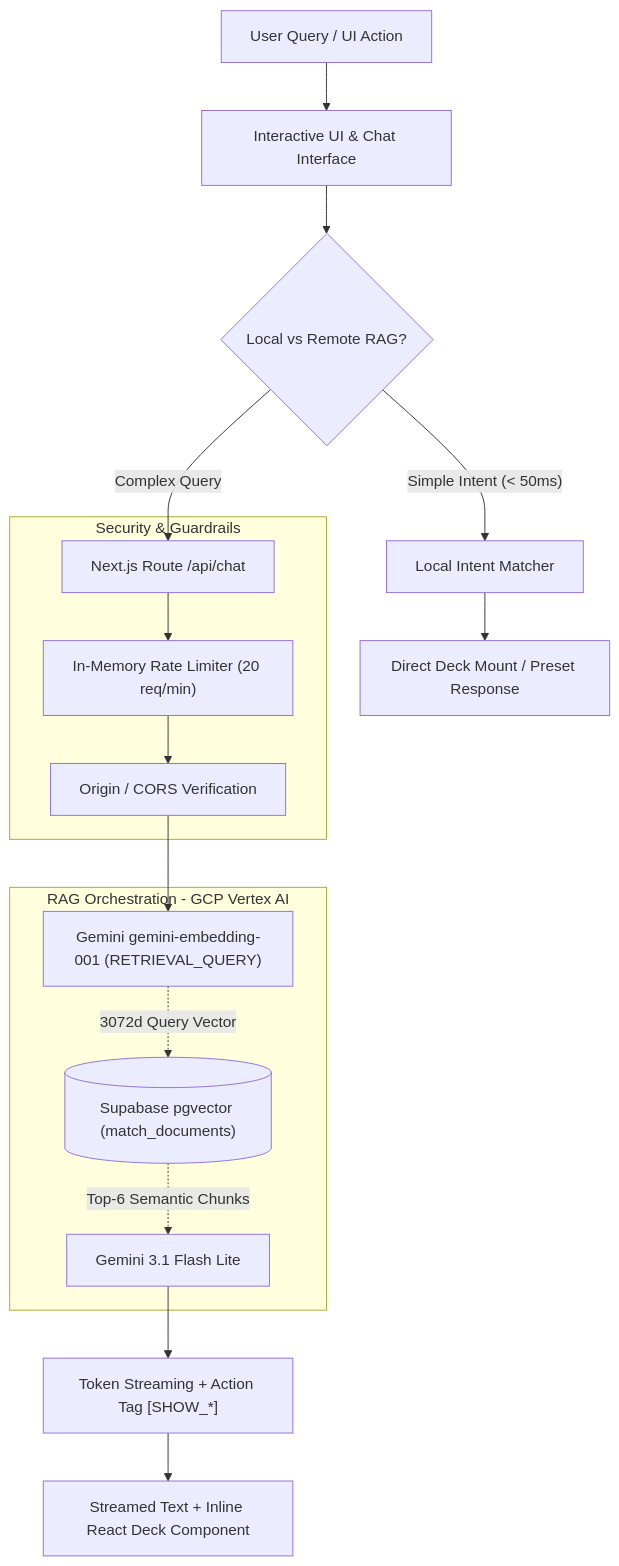
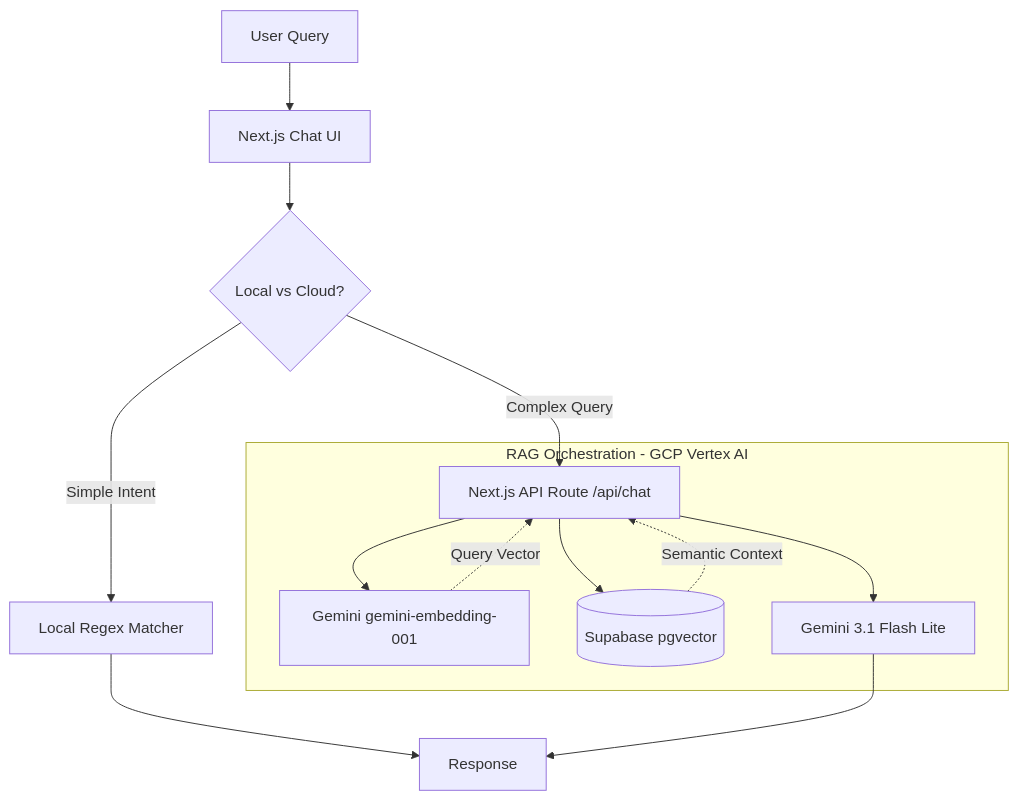
Before and after one commit to aadvxe/AI-powered-portfolio: the diagram in README.md, drawn with Mermaid. The commit also changed other lines of this file, not shown here.

````diff
--- a/README.md
+++ b/README.md
@@ -9,24 +9,20 @@
 ```mermaid
 graph TD
-    User["User Query / UI Action"] --> Frontend["Interactive UI & Chat Interface"]
-    Frontend --> HybridRouter{"Local vs Remote RAG?"}
+    User["User Query"] --> Frontend["Next.js Chat UI"]
+    Frontend --> HybridRouter{"Local vs Cloud?"}
 
-    HybridRouter -- "Simple Intent (< 50ms)" --> Local["Local Intent Matcher"]
-    Local --> DirectDeck["Direct Deck Mount / Preset Response"]
+    HybridRouter -- Simple Intent --> Local["Local Regex Matcher"]
+    Local --> Response["Response"]
 
-    HybridRouter -- "Complex Query" --> API["Next.js Route /api/chat"]
+    HybridRouter -- Complex Query --> API["Next.js API Route /api/chat"]
 
-    subgraph Security ["Security & Guardrails"]
-    API --> RateLimit["In-Memory Rate Limiter (20 req/min)"]
-    RateLimit --> OriginCheck["Origin / CORS Verification"]
+    subgraph RAG_Orchestration ["RAG Orchestration - GCP Vertex AI"]
+    API --> Embed["Gemini gemini-embedding-001"]
+    Embed -.->|Query Vector| API
+    API --> VectorDB[("Supabase pgvector")]
+    VectorDB -.->|Semantic Context| API
+    API --> LLM["Gemini 3.1 Flash Lite"]
     end
 
-    subgraph RAG_Orchestration ["RAG Orchestration - GCP Vertex AI"]
-    OriginCheck --> Embed["Gemini gemini-embedding-001 (RETRIEVAL_QUERY)"]
-    Embed -.->|3072d Query Vector| VectorDB[("Supabase pgvector (match_documents)")]
-    VectorDB -.->|Top-6 Semantic Chunks| LLM["Gemini 3.1 Flash Lite"]
-    end
-
-    LLM --> Stream["Token Streaming + Action Tag [SHOW_*]"]
-    Stream --> ClientMount["Streamed Text + Inline React Deck Component"]
+    LLM --> Response
 ```
````
